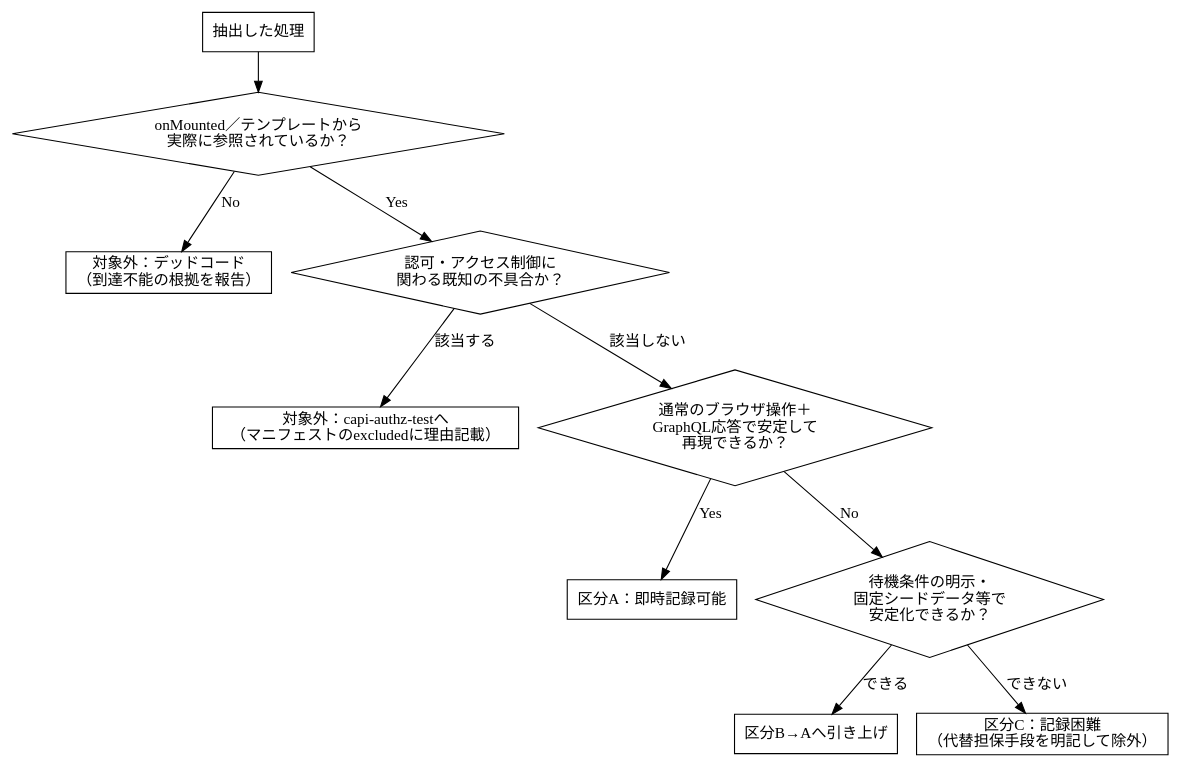
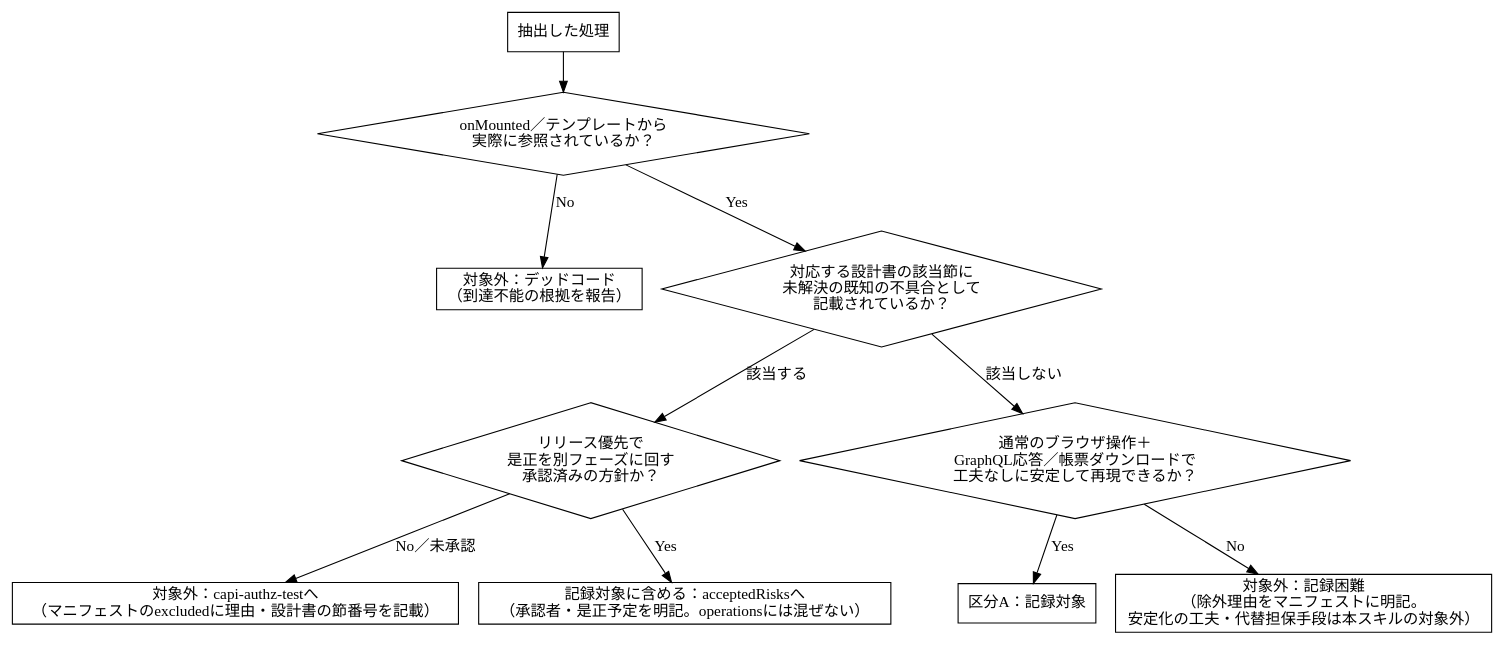
One commit to roonawa/skills changed the diagram in campus-playwright/SKILL.md. Above: the diagram before and after it, drawn with Graphviz. The commit also changed other lines of this file and 2 other files, not shown here.

````diff
--- a/campus-playwright/SKILL.md
+++ b/campus-playwright/SKILL.md
@@ -92,26 +163,26 @@
 ```dot
 digraph classification {
     found [label="抽出した処理", shape=box];
     referenced [label="onMounted／テンプレートから\n実際に参照されているか？", shape=diamond];
     deadcode [label="対象外：デッドコード\n（到達不能の根拠を報告）", shape=box];
 
-    knownAuthzBug [label="認可・アクセス制御に\n関わる既知の不具合か？", shape=diamond];
-    excludeFromRecord [label="対象外：capi-authz-testへ\n（マニフェストのexcludedに理由記載）", shape=box];
+    knownAuthzBug [label="対応する設計書の該当節に\n未解決の既知の不具合として\n記載されているか？", shape=diamond];
+    riskDecision [label="リリース優先で\n是正を別フェーズに回す\n承認済みの方針か？", shape=diamond];
+    excludeFromRecord [label="対象外：capi-authz-testへ\n（マニフェストのexcludedに理由・設計書の節番号を記載）", shape=box];
+    acceptRisk [label="記録対象に含める：acceptedRisksへ\n（承認者・是正予定を明記。operationsには混ぜない）", shape=box];
 
-    stable [label="通常のブラウザ操作＋\nGraphQL応答で安定して\n再現できるか？", shape=diamond];
-    classA [label="区分A：即時記録可能", shape=box];
-    canImprove [label="待機条件の明示・\n固定シードデータ等で\n安定化できるか？", shape=diamond];
-    classB2A [label="区分B→Aへ引き上げ", shape=box];
-    classC [label="区分C：記録困難\n（代替担保手段を明記して除外）", shape=box];
+    stable [label="通常のブラウザ操作＋\nGraphQL応答／帳票ダウンロードで\n工夫なしに安定して再現できるか？", shape=diamond];
+    classA [label="区分A：記録対象", shape=box];
+    excludeHardToRecord [label="対象外：記録困難\n（除外理由をマニフェストに明記。\n安定化の工夫・代替担保手段は本スキルの対象外）", shape=box];
 
     found -> referenced;
     referenced -> deadcode [label="No"];
     referenced -> knownAuthzBug [label="Yes"];
-    knownAuthzBug -> excludeFromRecord [label="該当する"];
+    knownAuthzBug -> riskDecision [label="該当する"];
+    riskDecision -> acceptRisk [label="Yes"];
+    riskDecision -> excludeFromRecord [label="No／未承認"];
     knownAuthzBug -> stable [label="該当しない"];
     stable -> classA [label="Yes"];
-    stable -> canImprove [label="No"];
-    canImprove -> classB2A [label="できる"];
-    canImprove -> classC [label="できない"];
+    stable -> excludeHardToRecord [label="No"];
 }
 ```
````
